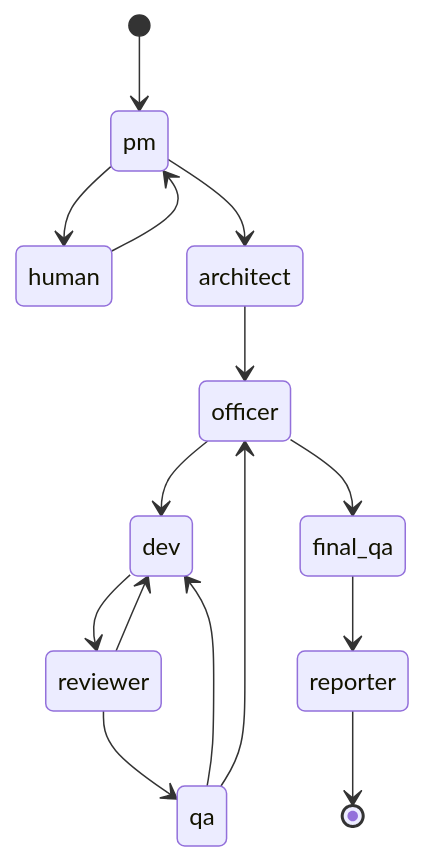
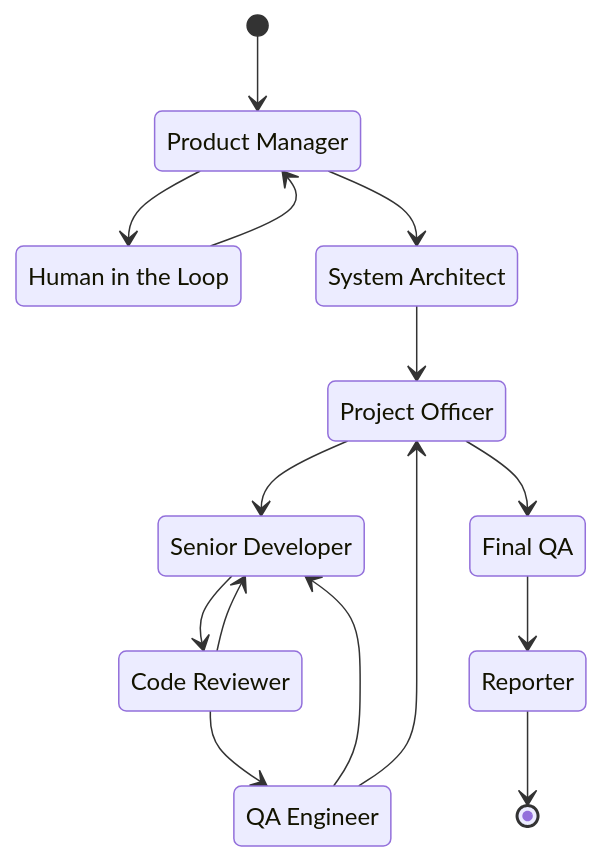
One commit to bobrovsky420/my-dev-team changed the diagram in README.md. Above: the diagram before and after it, drawn with Mermaid.

Commit message:
Updated workflow diagram

````diff
--- a/README.md
+++ b/README.md
@@ -126,17 +126,26 @@
 ```mermaid
 stateDiagram-v2
+    pm : Product Manager
+    human : Human in the Loop
+    architect : System Architect
+    officer : Project Officer
+    dev : Senior Developer
+    reviewer : Code Reviewer
+    qa : QA Engineer
+    final_qa : Final QA
+    reporter : Reporter
     [*] --> pm
     pm --> human
     human --> pm
     pm --> architect
     architect --> officer
     officer --> dev
     dev --> reviewer
     reviewer --> dev
     reviewer --> qa
     qa --> dev
     qa --> officer
     officer --> final_qa
     final_qa --> reporter
     reporter --> [*]
 ```
````
